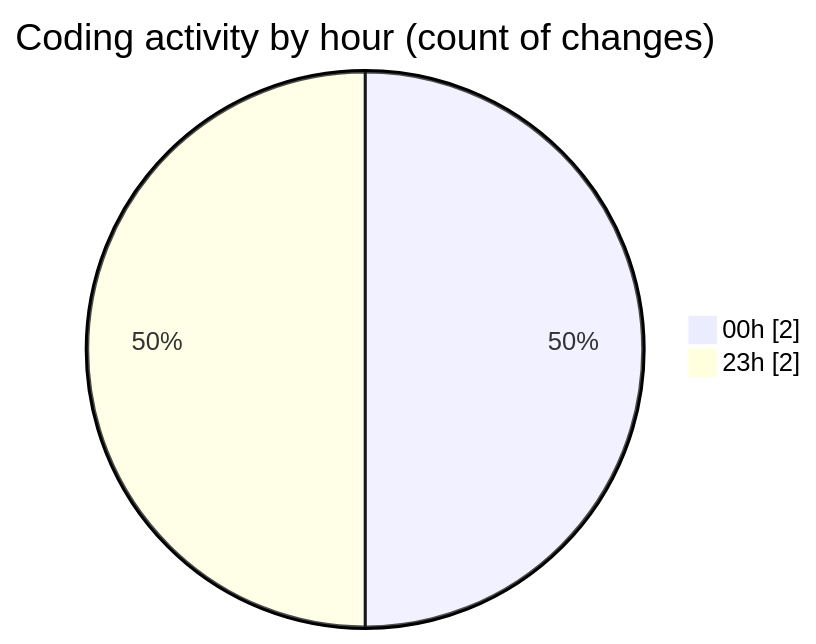
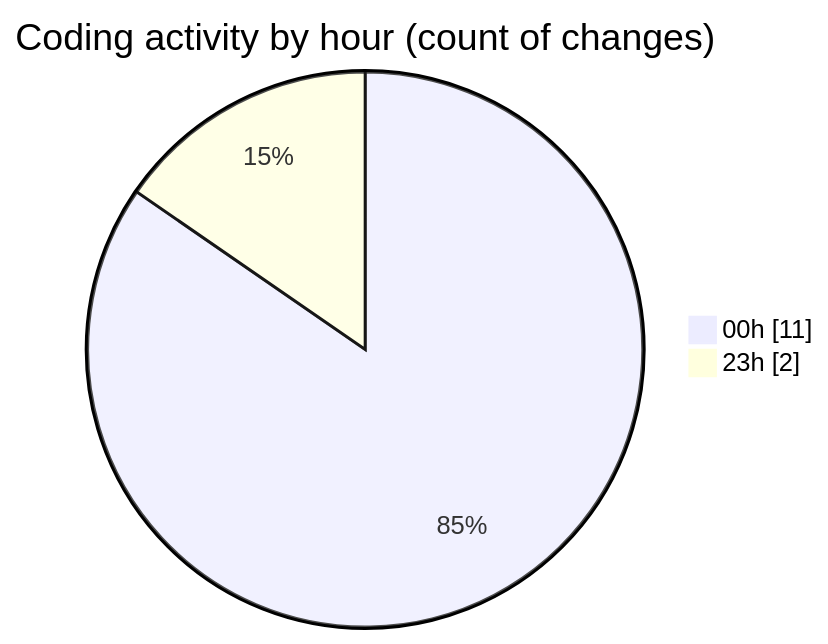
The second of 2 diagrams in 2025-05-29/advertise/README.md (Elitesun/code-tracking), drawn with Mermaid before and after one commit. The commit also changed other lines of this file and 1 other file, not shown here.

````diff
--- a/2025-05-29/advertise/README.md
+++ b/2025-05-29/advertise/README.md
@@ -30,6 +33,6 @@
 ```mermaid
 pie showData
 title Coding activity by hour (count of changes)
-"00h" : 2
+"00h" : 11
 "23h" : 2
 ```
````
